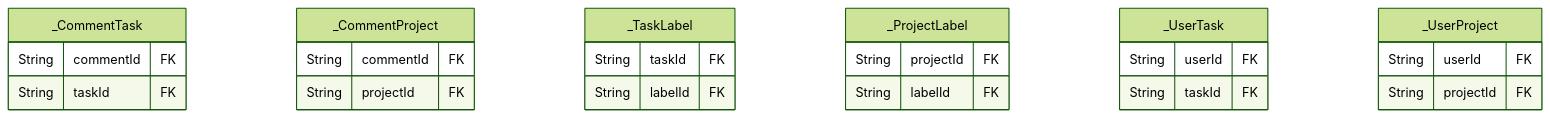
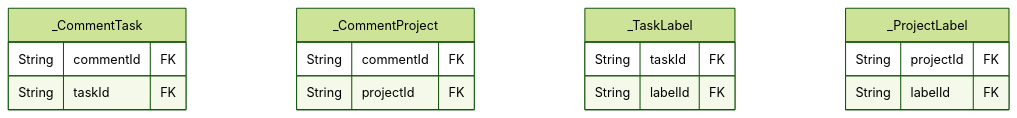
One commit to MaquestiauxLabs/demo-react-taskmanager changed the sixth of 6 diagrams in docs/database-schema.md. Above: the diagram before and after it, drawn with Mermaid (forest theme). The commit also changed other lines of this file and 6 other files, not shown here.

````diff
--- a/docs/database-schema.md
+++ b/docs/database-schema.md
@@ -285,27 +345,19 @@
 ```mermaid
 erDiagram
 "_CommentTask" {
   String commentId FK
   String taskId FK
 }
 "_CommentProject" {
   String commentId FK
   String projectId FK
 }
 "_TaskLabel" {
   String taskId FK
   String labelId FK
 }
 "_ProjectLabel" {
   String projectId FK
   String labelId FK
 }
-"_UserTask" {
-  String userId FK
-  String taskId FK
-}
-"_UserProject" {
-  String userId FK
-  String projectId FK
-}
 ```
````
